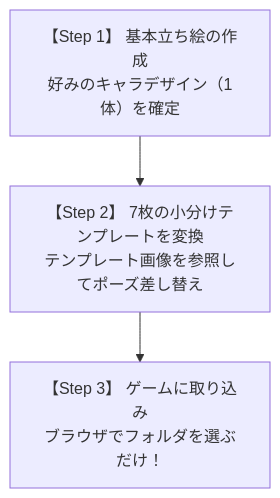
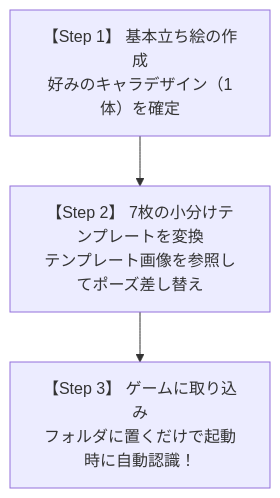
The diagram in HOW_TO_MAKE_AVATAR.md (aoi68k/ai-beach-volley), drawn with Mermaid before and after one commit. The commit also changed other lines of this file and 9 other files, not shown here.

````diff
--- a/HOW_TO_MAKE_AVATAR.md
+++ b/HOW_TO_MAKE_AVATAR.md
@@ -14,5 +14,5 @@
 ```mermaid
 flowchart TD
     Step1["【Step 1】 基本立ち絵の作成<br>好みのキャラデザイン（1体）を確定"] --> Step2["【Step 2】 7枚の小分けテンプレートを変換<br>テンプレート画像を参照してポーズ差し替え"]
-    Step2 --> Step3["【Step 3】 ゲームに取り込み<br>ブラウザでフォルダを選ぶだけ！"]
+    Step2 --> Step3["【Step 3】 ゲームに取り込み<br>フォルダに置くだけで起動時に自動認識！"]
 ```
````
